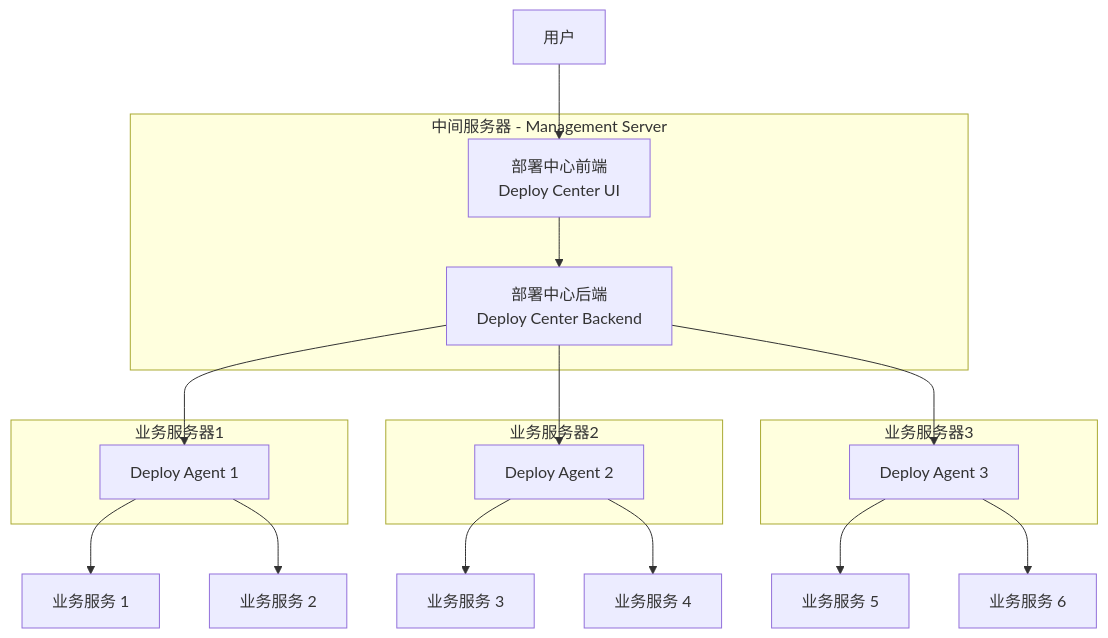
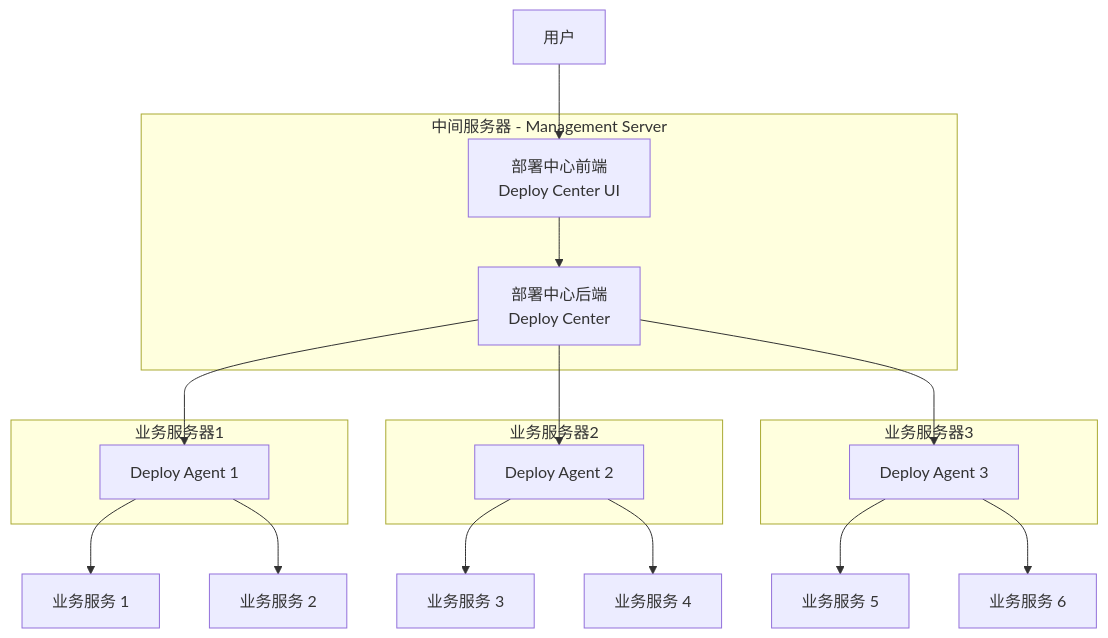
The diagram in README.md (TianfeiJi/Deploy-Center), drawn with Mermaid before and after one commit. The commit also changed other lines of this file and 189 other files, not shown here.

````diff
--- a/README.md
+++ b/README.md
@@ -67,34 +67,34 @@
 ```mermaid
 flowchart TD
     subgraph Management_Server[中间服务器 - Management Server]
         FE[部署中心前端<br>Deploy Center UI]
-        BE[部署中心后端<br>Deploy Center Backend]
+        BE[部署中心后端<br>Deploy Center]
         FE --> BE
     end
 
     subgraph Business_Server1[业务服务器1]
         DA1[Deploy Agent 1]
     end
 
     subgraph Business_Server2[业务服务器2]
         DA2[Deploy Agent 2]
     end
 
     subgraph Business_Server3[业务服务器3]
         DA3[Deploy Agent 3]
     end
 
     User[用户] --> FE
     BE --> DA1
     BE --> DA2
     BE --> DA3
 
     DA1 --> Service1[业务服务 1]
     DA1 --> Service2[业务服务 2]
 
     DA2 --> Service3[业务服务 3]
     DA2 --> Service4[业务服务 4]
 
     DA3 --> Service5[业务服务 5]
     DA3 --> Service6[业务服务 6]
 ```
````
